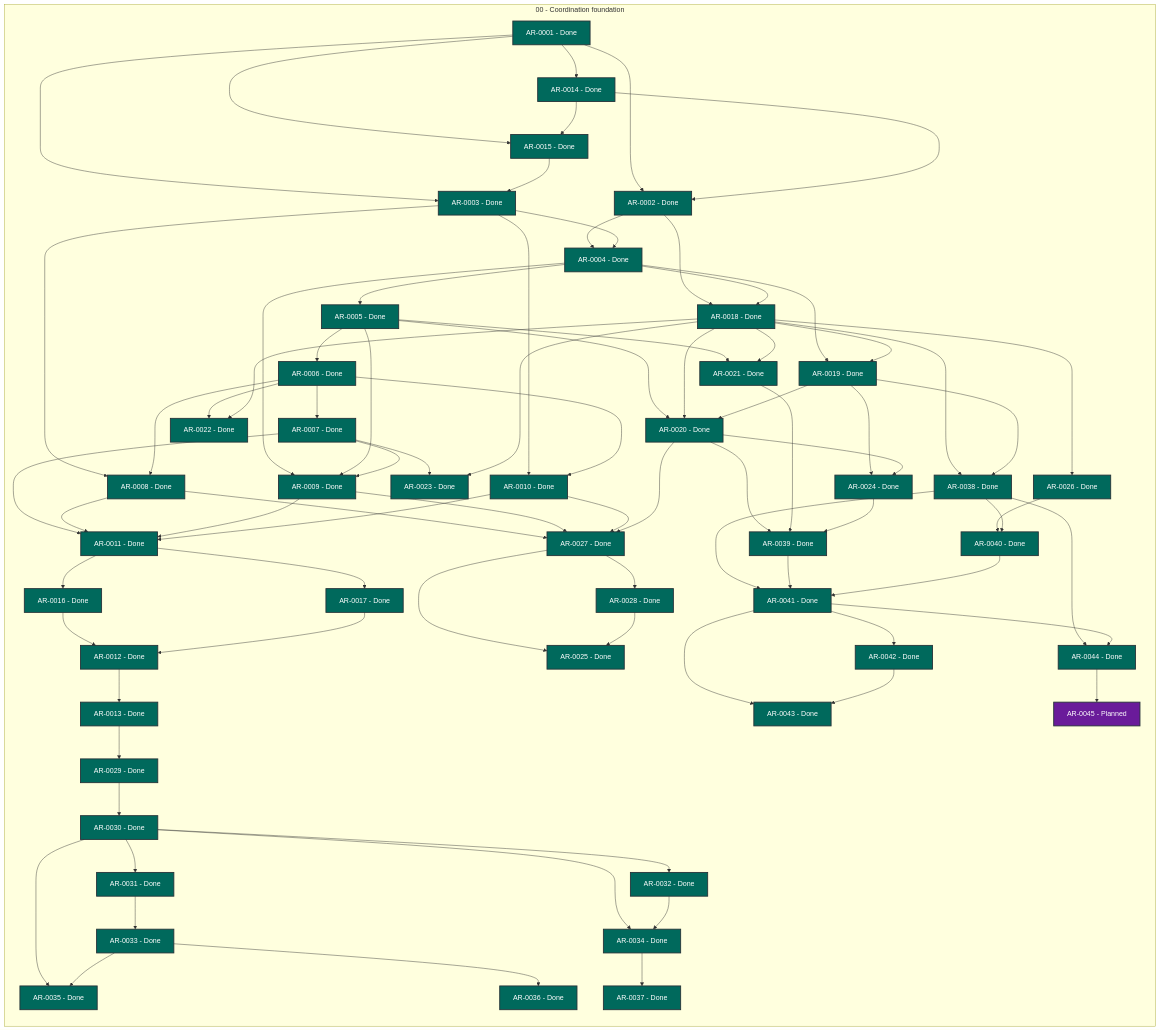
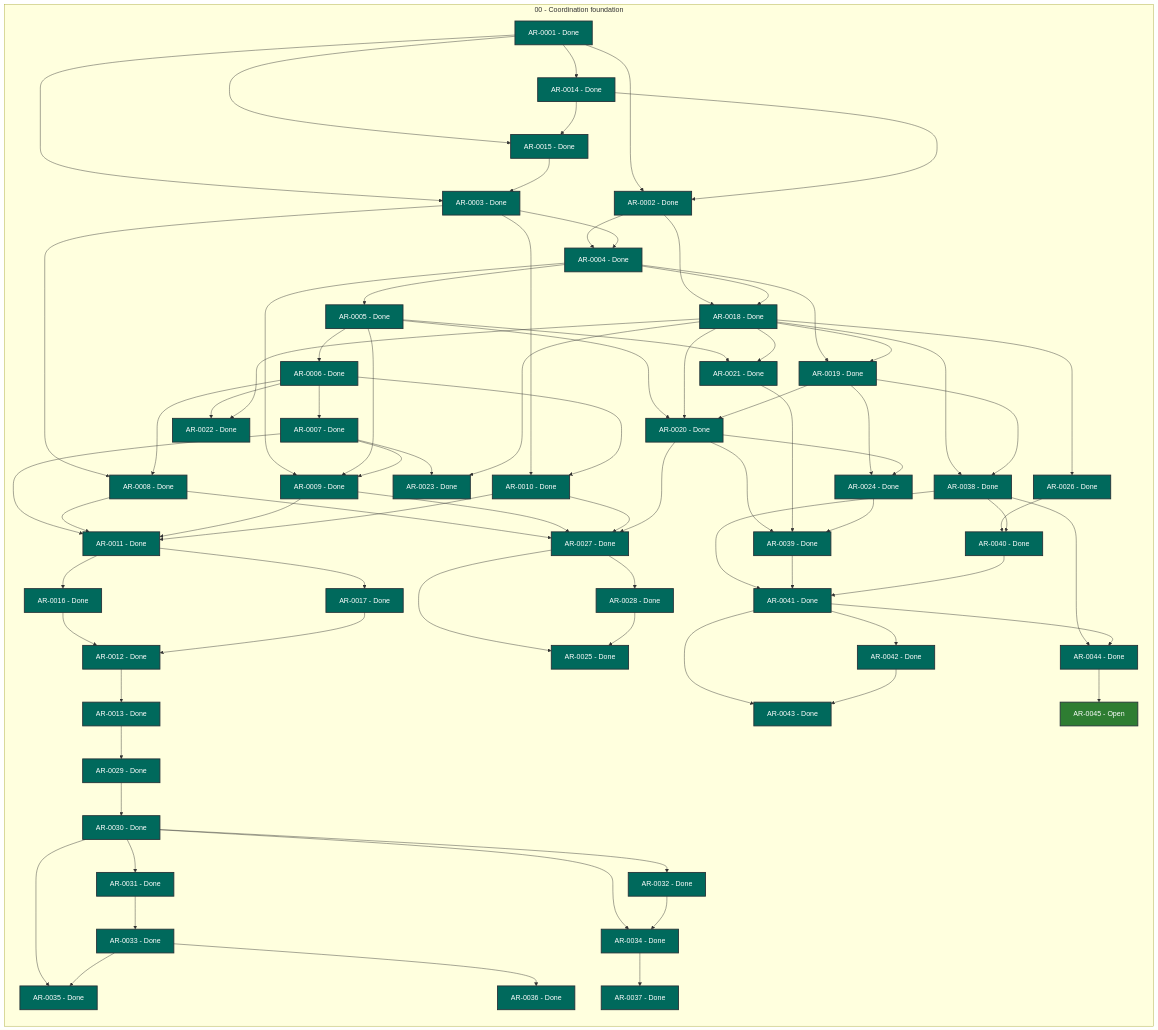
The diagram in STATUS.md (martin-beck/agent-workflow-tui-state), drawn with Mermaid before and after one commit. The commit also changed other lines of this file and 2 other files, not shown here.

```diff
--- a/STATUS.md
+++ b/STATUS.md
@@ -72,7 +72,7 @@
         AR_0042["AR-0042 - Done"]:::status_done
         AR_0043["AR-0043 - Done"]:::status_done
         AR_0044["AR-0044 - Done"]:::status_done
-        AR_0045["AR-0045 - Planned"]:::status_planned
+        AR_0045["AR-0045 - Open"]:::status_open
     end
     AR_0001 --> AR_0002
     AR_0001 --> AR_0003
```
